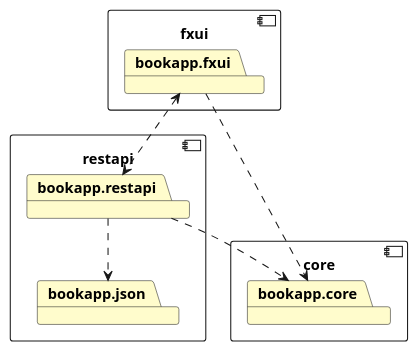
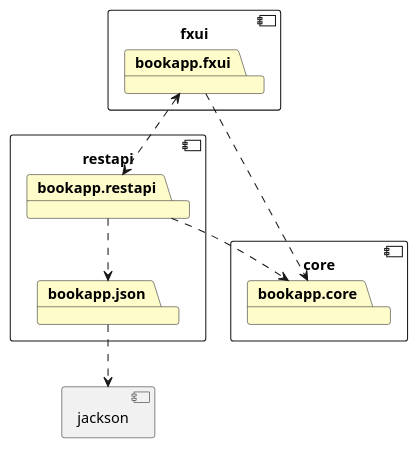
Before and after one commit to emillub/IT1901_Informatikk_Prosjektarbeid: the diagram in docs/packageDiagram.plantuml, drawn with PlantUML.

Commit message:
Fix: Updated the package diagram.

```diff
--- a/docs/packageDiagram.plantuml
+++ b/docs/packageDiagram.plantuml
@@ -1,23 +1,26 @@
 @startuml
 
 component core {
     package bookapp.core #FFFCCC
 }
 
 component fxui {
     package bookapp.fxui #FFFCCC
 }
 
 component restapi {
     package bookapp.restapi #FFFCCC
     package bookapp.json #FFFCCC
 }
 
+component jackson {
+}
 
 ''Relationships
 bookapp.fxui ..> bookapp.core
 bookapp.restapi ..> bookapp.core
 bookapp.restapi ..> bookapp.json
 bookapp.fxui <..> bookapp.restapi
+bookapp.json ..> jackson
 
 @enduml
```
